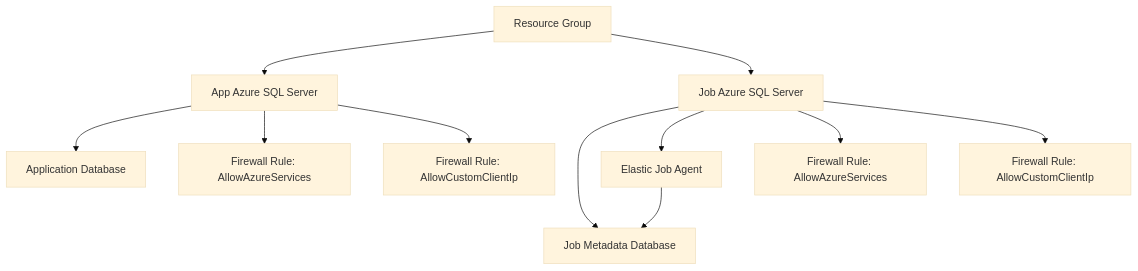
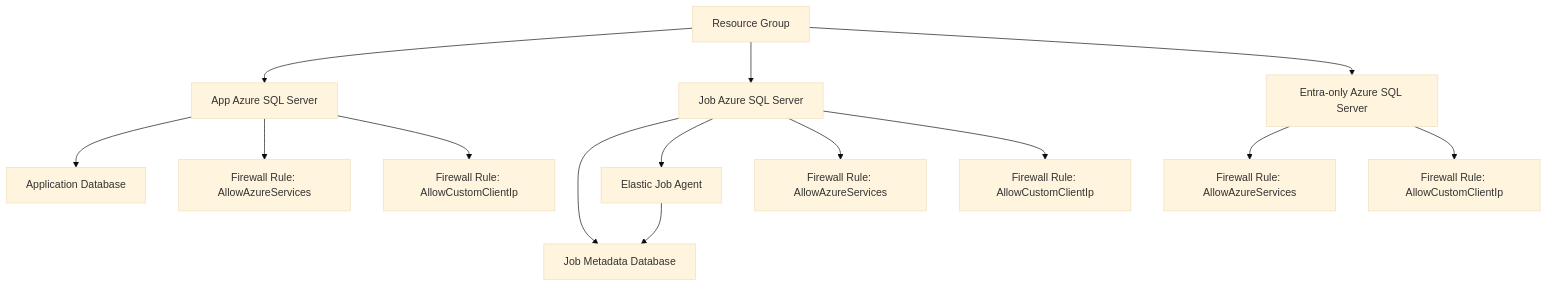
One commit to mhaywardhill/azure-elastic-jobs-agent changed the diagram in README.md. Above: the diagram before and after it, drawn with Mermaid (base theme). The commit also changed other lines of this file and 5 other files, not shown here.

Commit message:
Split SQL server modules and use Entra-auth deployment path

````diff
--- a/README.md
+++ b/README.md
@@ -18,14 +19,17 @@
 ```mermaid
 flowchart TD
   RG[Resource Group] --> APP_SQL[App Azure SQL Server]
   RG --> JOB_SQL[Job Azure SQL Server]
+  RG --> ENTRA_SQL[Entra-only Azure SQL Server]
   APP_SQL --> APPDB[Application Database]
   JOB_SQL --> JOBDB[Job Metadata Database]
   JOB_SQL --> AGENT[Elastic Job Agent]
     AGENT --> JOBDB
 
   APP_SQL --> APP_FW1[Firewall Rule: AllowAzureServices]
   APP_SQL --> APP_FW2[Firewall Rule: AllowCustomClientIp]
   JOB_SQL --> JOB_FW1[Firewall Rule: AllowAzureServices]
   JOB_SQL --> JOB_FW2[Firewall Rule: AllowCustomClientIp]
+  ENTRA_SQL --> ENTRA_FW1[Firewall Rule: AllowAzureServices]
+  ENTRA_SQL --> ENTRA_FW2[Firewall Rule: AllowCustomClientIp]
 ```
````
